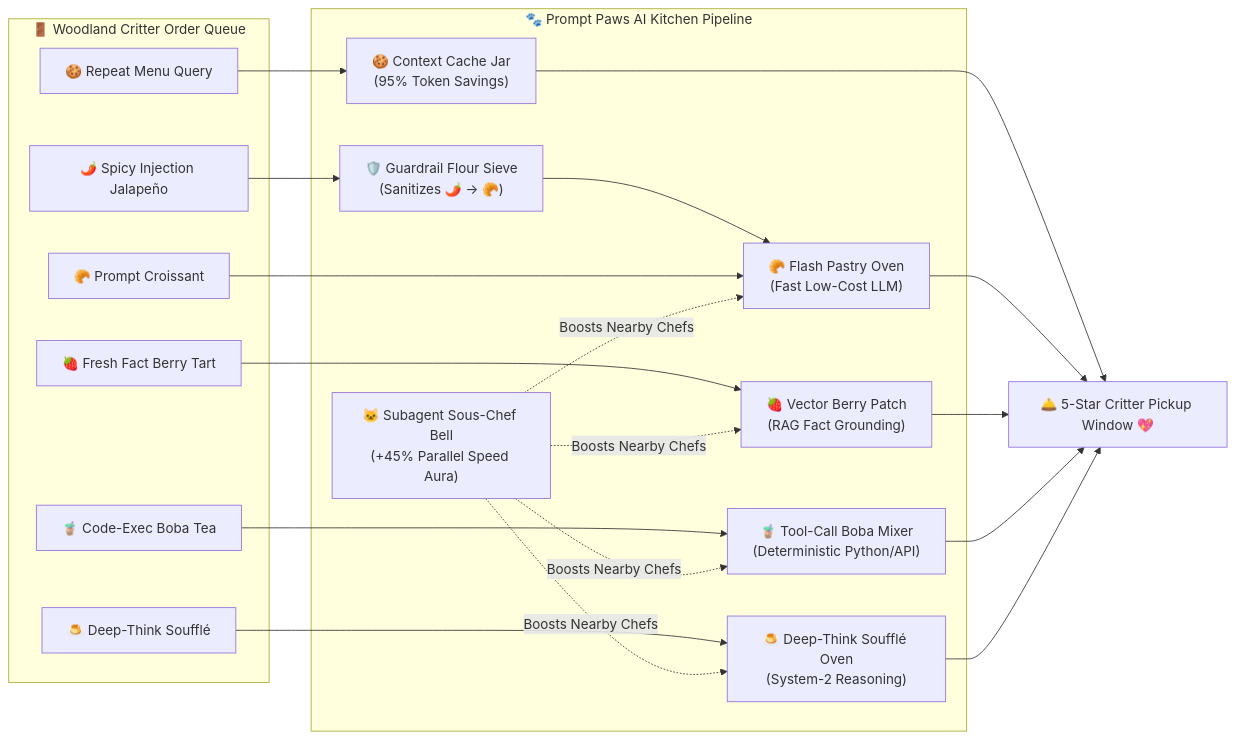
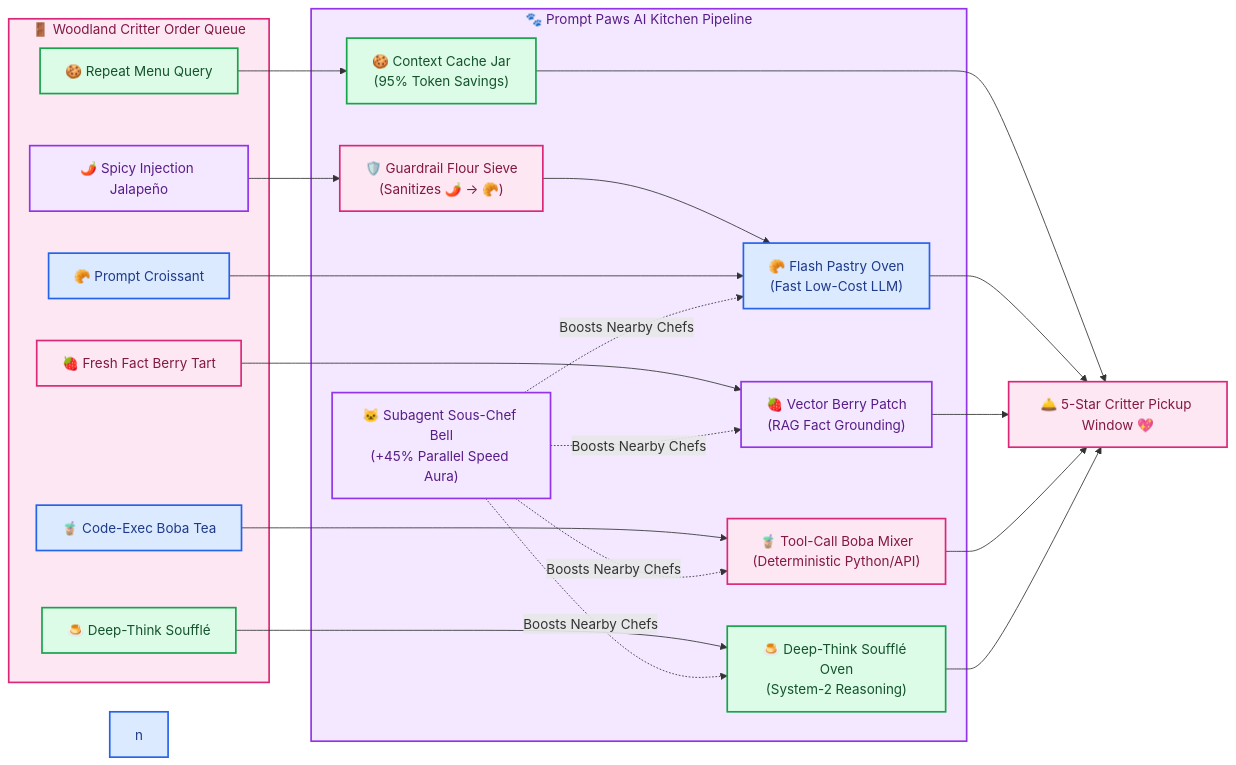
The diagram in README.md (RobinaMirbahar/cozy-ai-agent-cafe-game), drawn with Mermaid before and after one commit. The commit also changed other lines of this file, not shown here.

Commit message:
docs: add 3-line Author & Companion Publication header, color-coded Mermaid diagram, and remove repetitive footer

````diff
--- a/README.md
+++ b/README.md
@@ -80,34 +81,51 @@
 ```mermaid
 flowchart LR
     subgraph CritterQueue["🚪 Woodland Critter Order Queue"]
         O1["🥐 Prompt Croissant"]
         O2["🍪 Repeat Menu Query"]
         O3["🌶️ Spicy Injection Jalapeño"]
         O4["🍓 Fresh Fact Berry Tart"]
         O5["🧋 Code-Exec Boba Tea"]
         O6["🍮 Deep-Think Soufflé"]
     end
 
     subgraph KitchenPipeline["🐾 Prompt Paws AI Kitchen Pipeline"]
         Sieve["🛡️ Guardrail Flour Sieve\n(Sanitizes 🌶️ -> 🥐)"]
         Cache["🍪 Context Cache Jar\n(95% Token Savings)"]
         RAG["🍓 Vector Berry Patch\n(RAG Fact Grounding)"]
         Tools["🧋 Tool-Call Boba Mixer\n(Deterministic Python/API)"]
         Flash["🥐 Flash Pastry Oven\n(Fast Low-Cost LLM)"]
         Reason["🍮 Deep-Think Soufflé Oven\n(System-2 Reasoning)"]
         Subagent["🐱 Subagent Sous-Chef Bell\n(+45% Parallel Speed Aura)"]
     end
 
     O3 --> Sieve --> Flash
     O2 --> Cache
     O1 --> Flash
     O4 --> RAG
     O5 --> Tools
     O6 --> Reason
     Subagent -. "Boosts Nearby Chefs" .-> Flash
     Subagent -. "Boosts Nearby Chefs" .-> RAG
     Subagent -. "Boosts Nearby Chefs" .-> Tools
     Subagent -. "Boosts Nearby Chefs" .-> Reason
 
     Cache & Flash & RAG & Tools & Reason --> Pickup["🛎️ 5-Star Critter Pickup Window 💖"]
+    style CritterQueue fill:#fce7f3,stroke:#db2777,stroke-width:2px,color:#831843
+    style O1 fill:#dbeafe,stroke:#2563eb,stroke-width:2px,color:#1e3a8a
+    style O2 fill:#dcfce7,stroke:#16a34a,stroke-width:2px,color:#14532d
+    style O3 fill:#f3e8ff,stroke:#9333ea,stroke-width:2px,color:#581c87
+    style O4 fill:#fce7f3,stroke:#db2777,stroke-width:2px,color:#831843
+    style O5 fill:#dbeafe,stroke:#2563eb,stroke-width:2px,color:#1e3a8a
+    style O6 fill:#dcfce7,stroke:#16a34a,stroke-width:2px,color:#14532d
+    style KitchenPipeline fill:#f3e8ff,stroke:#9333ea,stroke-width:2px,color:#581c87
+    style Sieve fill:#fce7f3,stroke:#db2777,stroke-width:2px,color:#831843
+    style n fill:#dbeafe,stroke:#2563eb,stroke-width:2px,color:#1e3a8a
+    style Cache fill:#dcfce7,stroke:#16a34a,stroke-width:2px,color:#14532d
+    style RAG fill:#f3e8ff,stroke:#9333ea,stroke-width:2px,color:#581c87
+    style Tools fill:#fce7f3,stroke:#db2777,stroke-width:2px,color:#831843
+    style Flash fill:#dbeafe,stroke:#2563eb,stroke-width:2px,color:#1e3a8a
+    style Reason fill:#dcfce7,stroke:#16a34a,stroke-width:2px,color:#14532d
+    style Subagent fill:#f3e8ff,stroke:#9333ea,stroke-width:2px,color:#581c87
+    style Pickup fill:#fce7f3,stroke:#db2777,stroke-width:2px,color:#831843
 ```
````
